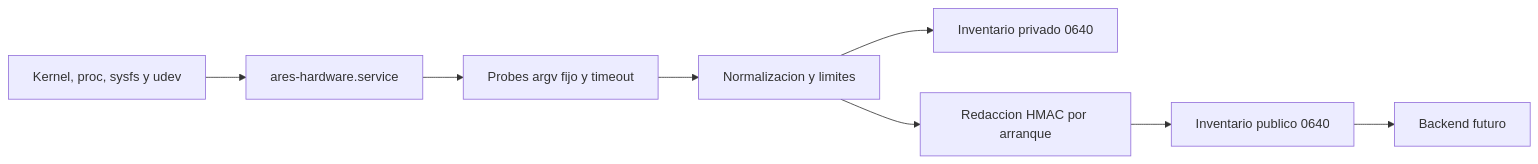
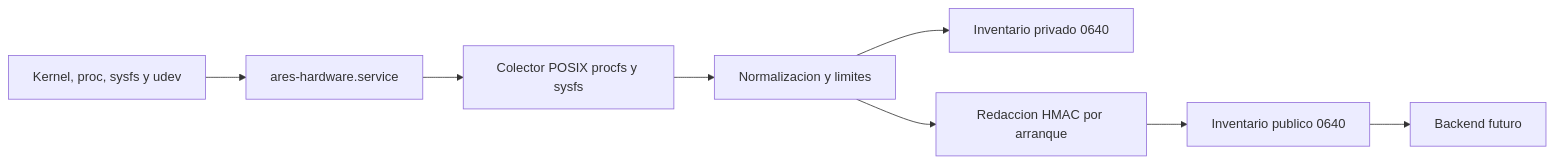
Before and after one commit to wowito68/ARES-Autonomous-Recovery-and-Expert-System-: the sixth of 6 diagrams in docs/live-system.md, drawn with Mermaid. The commit also changed other lines of this file and 91 other files, not shown here.

````diff
--- a/docs/live-system.md
+++ b/docs/live-system.md
@@ -307,10 +360,10 @@
 ```mermaid
 flowchart LR
     kernelData[Kernel, proc, sysfs y udev] --> inventoryService[ares-hardware.service]
-    inventoryService --> fixedProbes[Probes argv fijo y timeout]
-    fixedProbes --> normalizer[Normalizacion y limites]
+    inventoryService --> bootCollector[Colector POSIX procfs y sysfs]
+    bootCollector --> normalizer[Normalizacion y limites]
     normalizer --> privateView[Inventario privado 0640]
     normalizer --> redactor[Redaccion HMAC por arranque]
     redactor --> publicView[Inventario publico 0640]
     publicView --> futureApi[Backend futuro]
 ```
````
